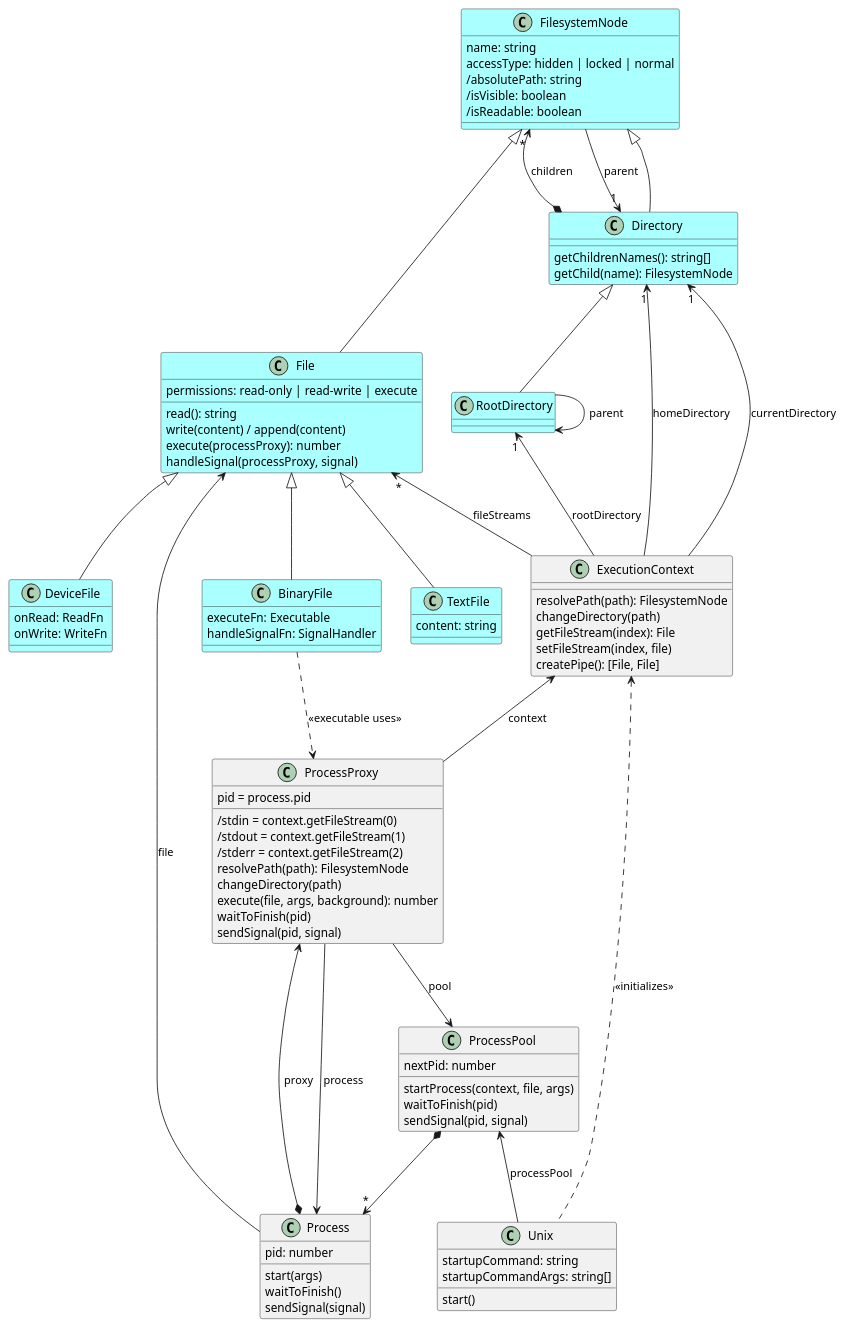
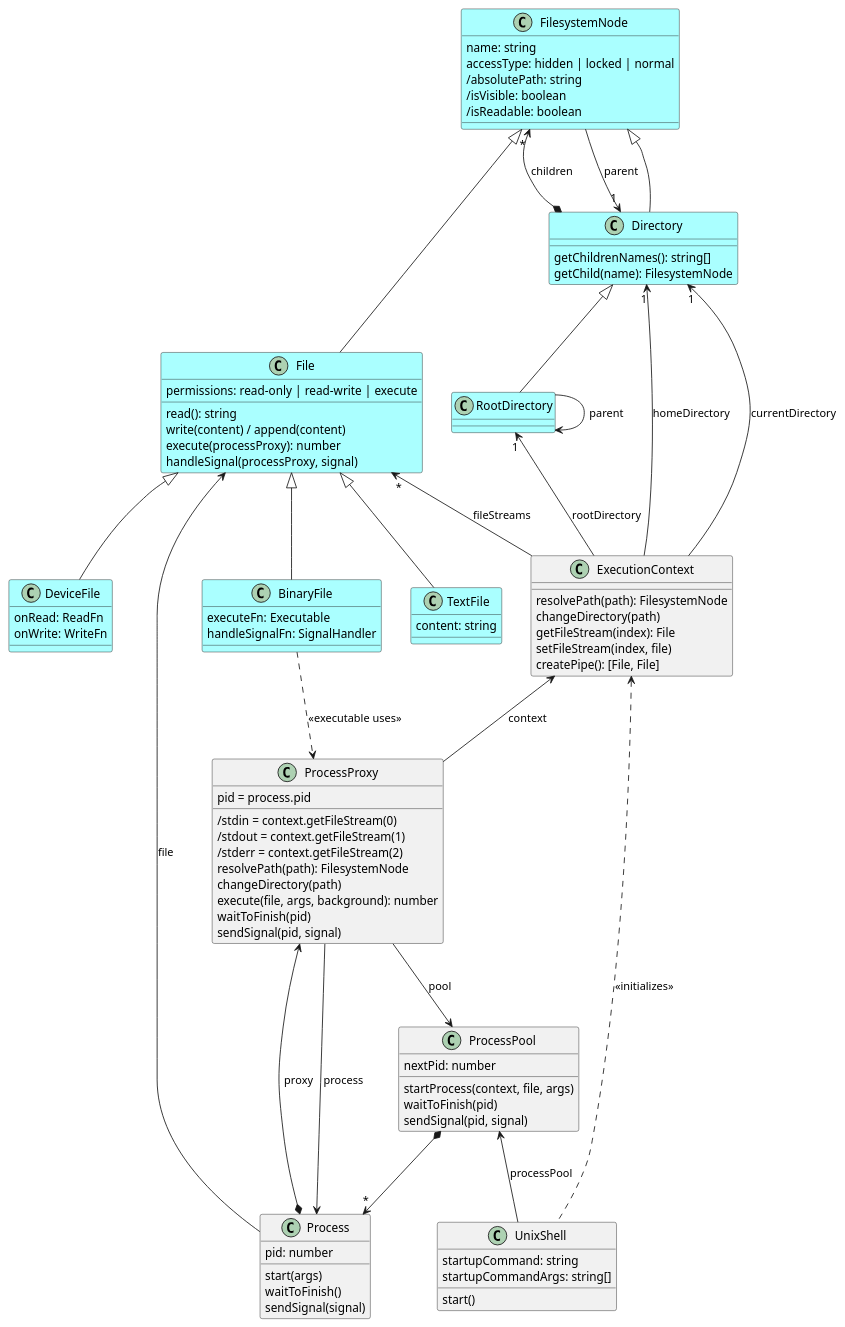
Before and after one commit to p-rivero/unix-js: the diagram in core/doc/class-diagram.plantuml, drawn with PlantUML. The commit also changed 4 other files, not shown here.

Commit message:
Unify Unix and Shell

```diff
--- a/core/doc/class-diagram.plantuml
+++ b/core/doc/class-diagram.plantuml
@@ -1,111 +1,111 @@
 @startuml Simplified class diagram
 
 skinparam Ranksep 80
 
 class FilesystemNode #aaffff {
     name: string
     accessType: hidden | locked | normal
     /absolutePath: string
     /isVisible: boolean
     /isReadable: boolean
 }
 
 class Directory #aaffff {
     getChildrenNames(): string[]
     getChild(name): FilesystemNode
 }
 FilesystemNode <|-- Directory
 
 class RootDirectory #aaffff {
 }
 Directory <|-- RootDirectory 
 RootDirectory --> RootDirectory : parent
 
 Directory *-u-> "*" FilesystemNode : children
 FilesystemNode --> "1" Directory : parent
 
 class File #aaffff {
     permissions: read-only | read-write | execute
     read(): string
     write(content) / append(content)
     execute(processProxy): number
     handleSignal(processProxy, signal)
 }
 FilesystemNode <|-- File
 
 class TextFile #aaffff {
     content: string
 }
 File <|-- TextFile
 
 class BinaryFile #aaffff {
     executeFn: Executable
     handleSignalFn: SignalHandler
 }
 File <|-- BinaryFile
 
 class DeviceFile #aaffff {
     onRead: ReadFn
     onWrite: WriteFn
 }
 File <|-- DeviceFile
 
 
 class ExecutionContext {
     resolvePath(path): FilesystemNode
     changeDirectory(path)
     getFileStream(index): File
     setFileStream(index, file)
     createPipe(): [File, File]
 }
 
 ExecutionContext -u-> "*" File: fileStreams
 ExecutionContext -u-> "1" RootDirectory: rootDirectory
 ExecutionContext -u-> "1" Directory: homeDirectory
 ExecutionContext -u-> "1" Directory: currentDirectory
 
 class Process {
     pid: number
     start(args)
     waitToFinish()
     sendSignal(signal)
     
 }
 Process -u-> File : file
 BinaryFile ..> ProcessProxy : "<<executable uses>>"
 class ProcessPool {
     nextPid: number
     startProcess(context, file, args)
     waitToFinish(pid)
     sendSignal(pid, signal)
 }
 ProcessPool *--> "*" Process
 
 ' Process --> "1" ProcessPool: pool
 
 class ProcessProxy {
     pid = process.pid
     /stdin = context.getFileStream(0)
     /stdout = context.getFileStream(1)
     /stderr = context.getFileStream(2)
     resolvePath(path): FilesystemNode
     changeDirectory(path)
     execute(file, args, background): number
     waitToFinish(pid)
     sendSignal(pid, signal)
 }
 ProcessProxy -u-> ExecutionContext : context
 ProcessProxy --> Process : process
 ProcessProxy --> ProcessPool : pool
 Process *-u-> ProcessProxy : proxy
 
 
-class Unix {
+class UnixShell {
     startupCommand: string
     startupCommandArgs: string[]
     start()
 }
-Unix -u-> ProcessPool : processPool
-Unix .u.> ExecutionContext : <<initializes>>
+UnixShell -u-> ProcessPool : processPool
+UnixShell .u.> ExecutionContext : <<initializes>>
 
 @enduml
```
